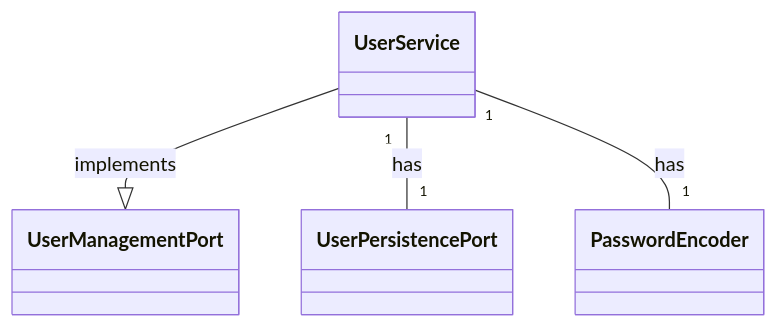
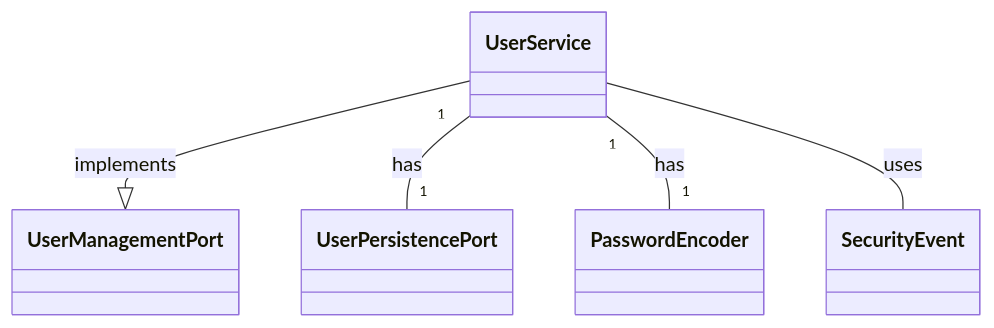
One commit to z669016/mybooks changed the fourth of 11 diagrams in README.md. Above: the diagram before and after it, drawn with Mermaid. The commit also changed other lines of this file and 2 other files, not shown here.

````diff
--- a/README.md
+++ b/README.md
@@ -420,6 +427,7 @@
 ```mermaid
 classDiagram
     UserService --|> UserManagementPort: implements
     UserService "1" -- "1" UserPersistencePort: has
     UserService "1" -- "1" PasswordEncoder: has
+    UserService -- SecurityEvent: uses
 ```
````
